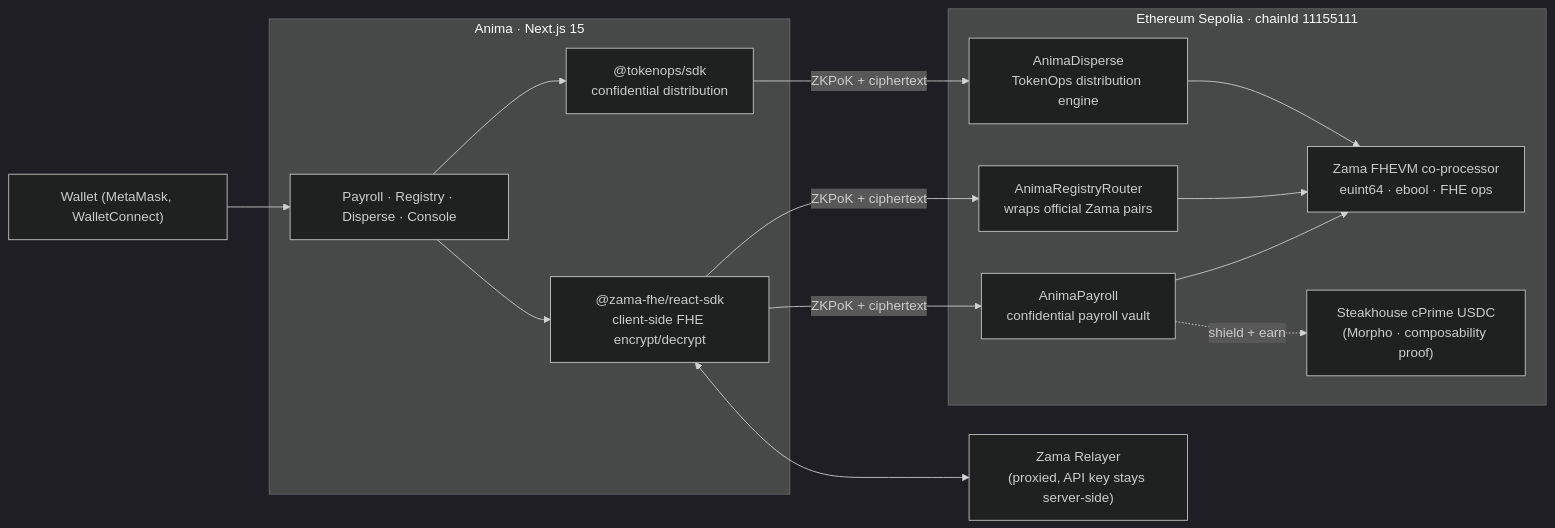
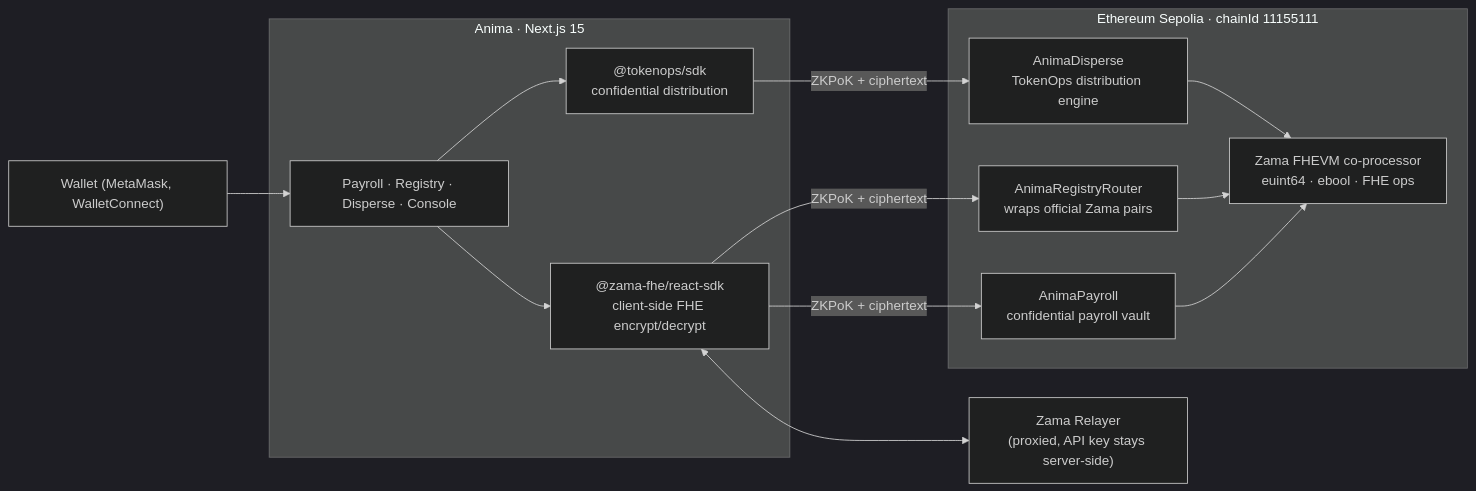
The diagram in README.md (Aaditya1273/anima), drawn with Mermaid (dark theme) before and after one commit. The commit also changed other lines of this file and 12 other files, not shown here.

````diff
--- a/README.md
+++ b/README.md
@@ -135,30 +133,28 @@
 ```mermaid
 %%{init: {"flowchart": {"htmlLabels": true}}}%%
 flowchart LR
     W["Wallet (MetaMask, WalletConnect)"]
     subgraph App["Anima · Next.js 15"]
       UI["Payroll · Registry · Disperse · Console"]
       Crypto["@zama-fhe/react-sdk\nclient-side FHE encrypt/decrypt"]
       TO["@tokenops/sdk\nconfidential distribution"]
     end
     subgraph Sepolia["Ethereum Sepolia · chainId 11155111"]
       Payroll["AnimaPayroll\nconfidential payroll vault"]
       Router["AnimaRegistryRouter\nwraps official Zama pairs"]
       Disperse["AnimaDisperse\nTokenOps distribution engine"]
       FHEVM["Zama FHEVM co-processor\neuint64 · ebool · FHE ops"]
-      Morpho["Steakhouse cPrime USDC\n(Morpho · composability proof)"]
     end
     Relay["Zama Relayer\n(proxied, API key stays server-side)"]
 
     W --> UI
     UI --> Crypto
     UI --> TO
     Crypto -->|ZKPoK + ciphertext| Payroll
     Crypto -->|ZKPoK + ciphertext| Router
     TO -->|ZKPoK + ciphertext| Disperse
     Payroll --> FHEVM
     Router --> FHEVM
     Disperse --> FHEVM
-    Payroll -.->|shield + earn| Morpho
     Crypto <--> Relay
 ```
````
